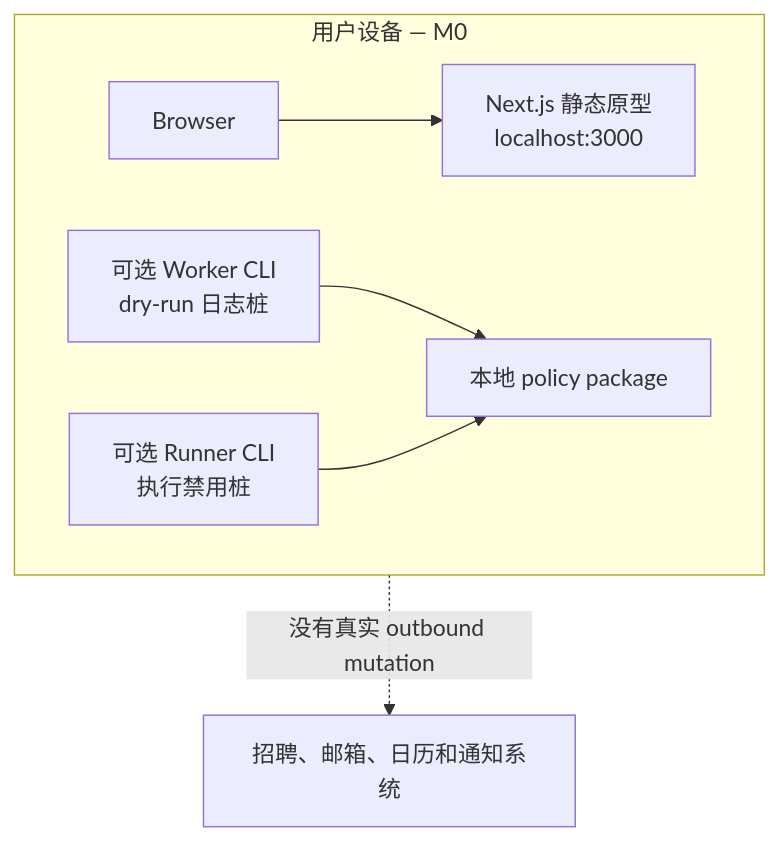
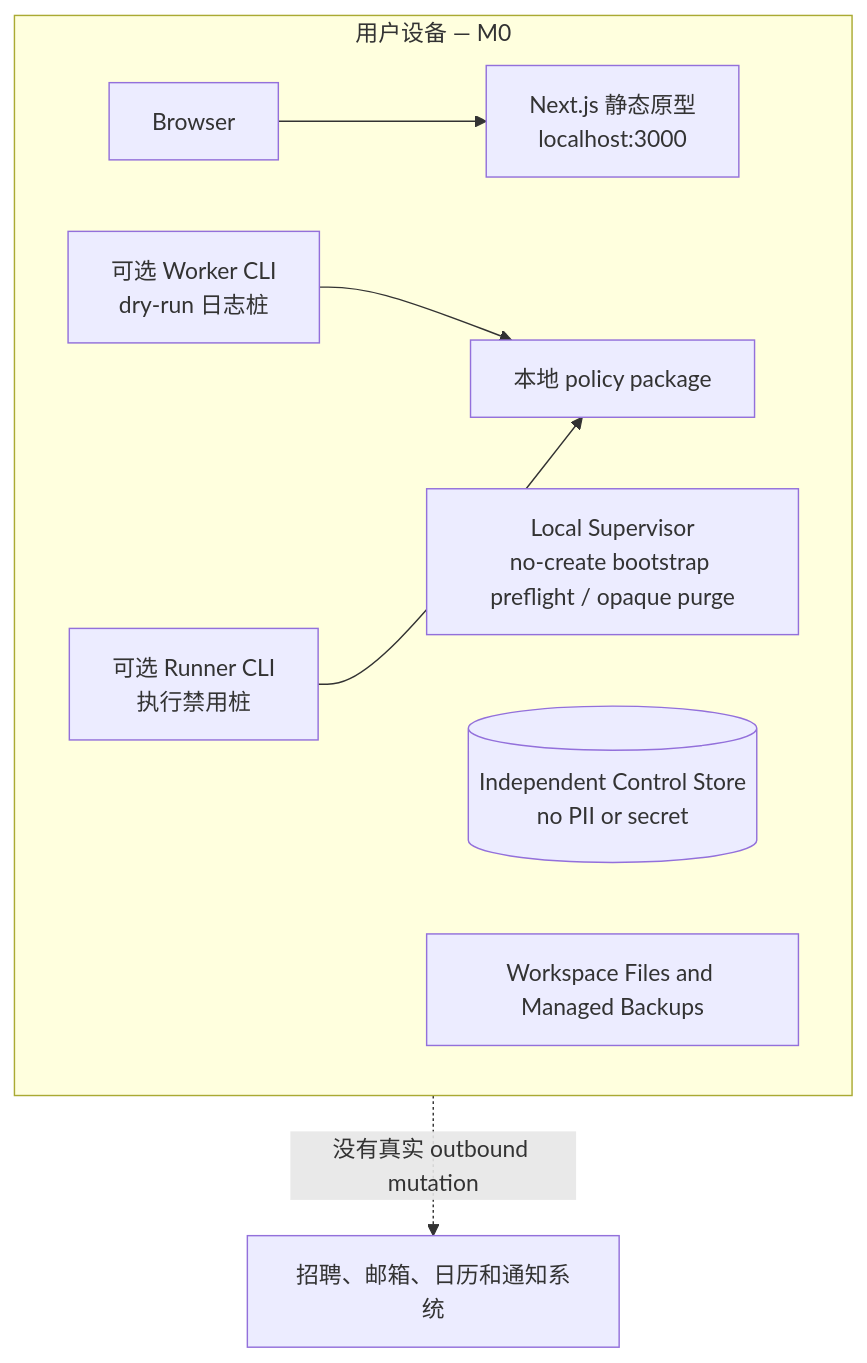
The fourth of 14 diagrams in docs/product/uml/06-architecture-deployment-security.md (AnnCYW-cm/rolefox), drawn with Mermaid before and after one commit. The commit also changed other lines of this file and 103 other files, not shown here.

````diff
--- a/docs/product/uml/06-architecture-deployment-security.md
+++ b/docs/product/uml/06-architecture-deployment-security.md
@@ -242,16 +258,19 @@
 ```mermaid
 %% @anchor M0_NO_OUTBOUND
 flowchart TB
     subgraph Device["用户设备 — M0"]
         Browser["Browser"]
+        Supervisor["Local Supervisor<br/>no-create bootstrap preflight / opaque purge"]
+        SupervisorStore[("Independent Control Store<br/>no PII or secret")]
+        WorkspaceFiles["Workspace Files and Managed Backups"]
         Web["Next.js 静态原型<br/>localhost:3000"]
         Worker["可选 Worker CLI<br/>dry-run 日志桩"]
         Runner["可选 Runner CLI<br/>执行禁用桩"]
         Policy["本地 policy package"]
         Browser --> Web
         Worker --> Policy
         Runner --> Policy
     end
 
     Device -.->|"没有真实 outbound mutation"| External["招聘、邮箱、日历和通知系统"]
 ```
````
